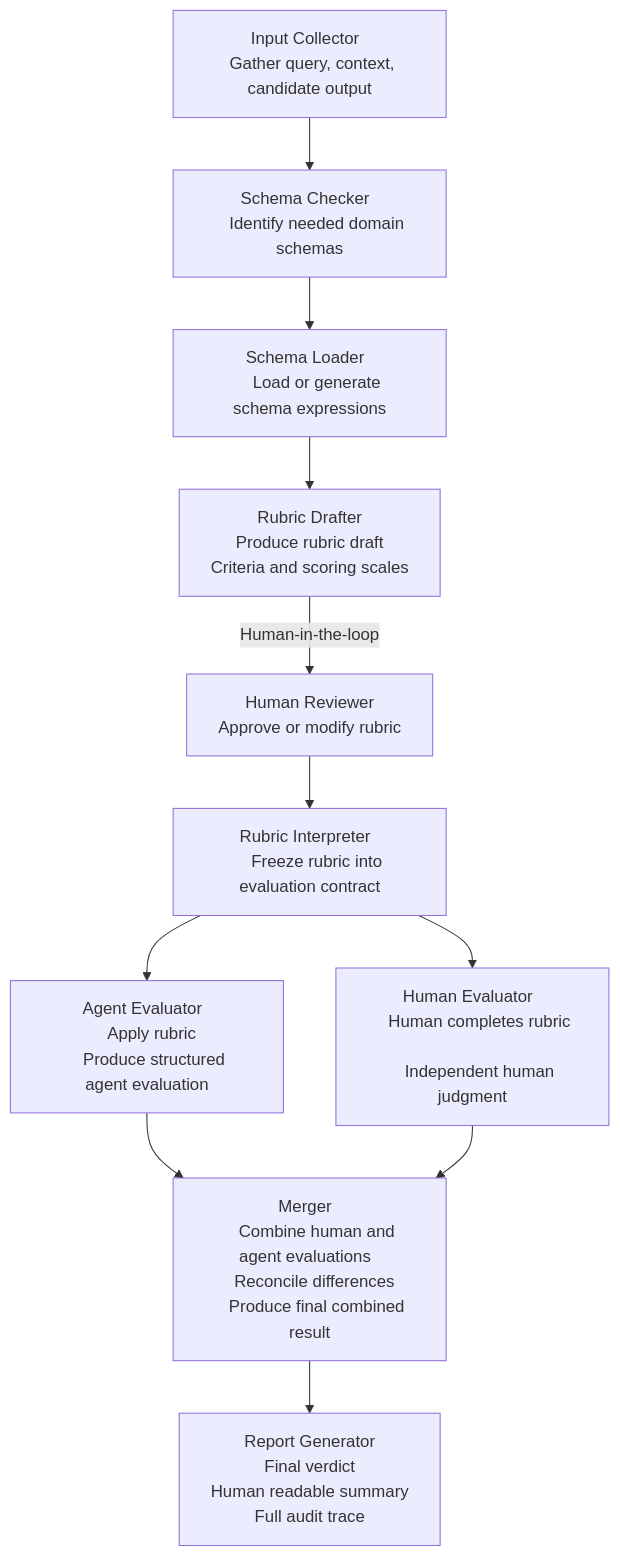
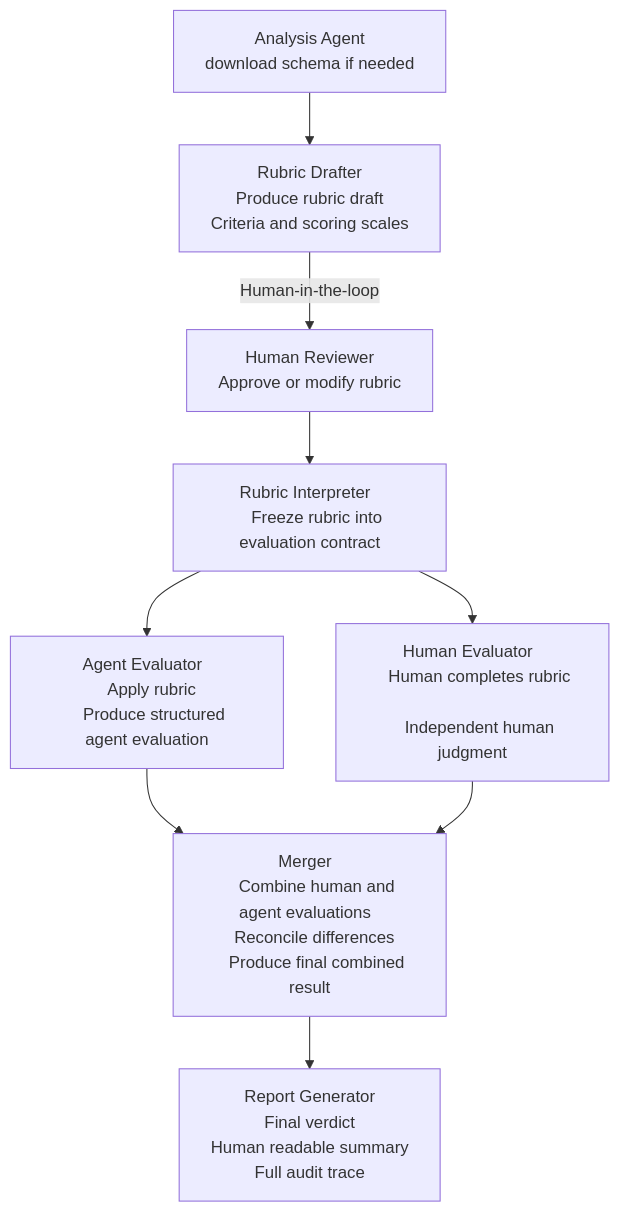
The diagram in langgraph-design.md (HaolongChen/AI-Agent-Evaluation-System), drawn with Mermaid before and after one commit.

Commit message:
Refactor langgraph design to streamline intake process and update analysis agent description

````diff
--- a/langgraph-design.md
+++ b/langgraph-design.md
@@ -1,47 +1,40 @@
 ```Mermaid
 graph TD
 
   %% Intake and rubric building
-  A["Input Collector  
-  Gather query, context, candidate output"]
-    --> B["Schema Checker  
-    Identify needed domain schemas"]
-
-  B --> C["Schema Loader  
-    Load or generate schema expressions"]
-
-  C --> D["Rubric Drafter  
+  A["Analysis Agent
+    download schema if needed"] --> D["Rubric Drafter  
     Produce rubric draft  
     Criteria and scoring scales"]
 
   D -->|Human-in-the-loop| H["Human Reviewer  
     Approve or modify rubric"]
 
   H --> E["Rubric Interpreter  
     Freeze rubric into evaluation contract"]
 
 
   %% Dual evaluation paths
   E --> F1["Agent Evaluator  
     Apply rubric  
     Produce structured agent evaluation"]
 
   E --> F2["Human Evaluator  
     Human completes rubric  
     Independent human judgment"]
 
 
   %% Merge and finalize
   F1 --> M["Merger  
     Combine human and agent evaluations  
     Reconcile differences  
     Produce final combined result"]
 
   F2 --> M
 
   M --> G["Report Generator  
     Final verdict  
     Human readable summary  
     Full audit trace"]
 
 ```
````
